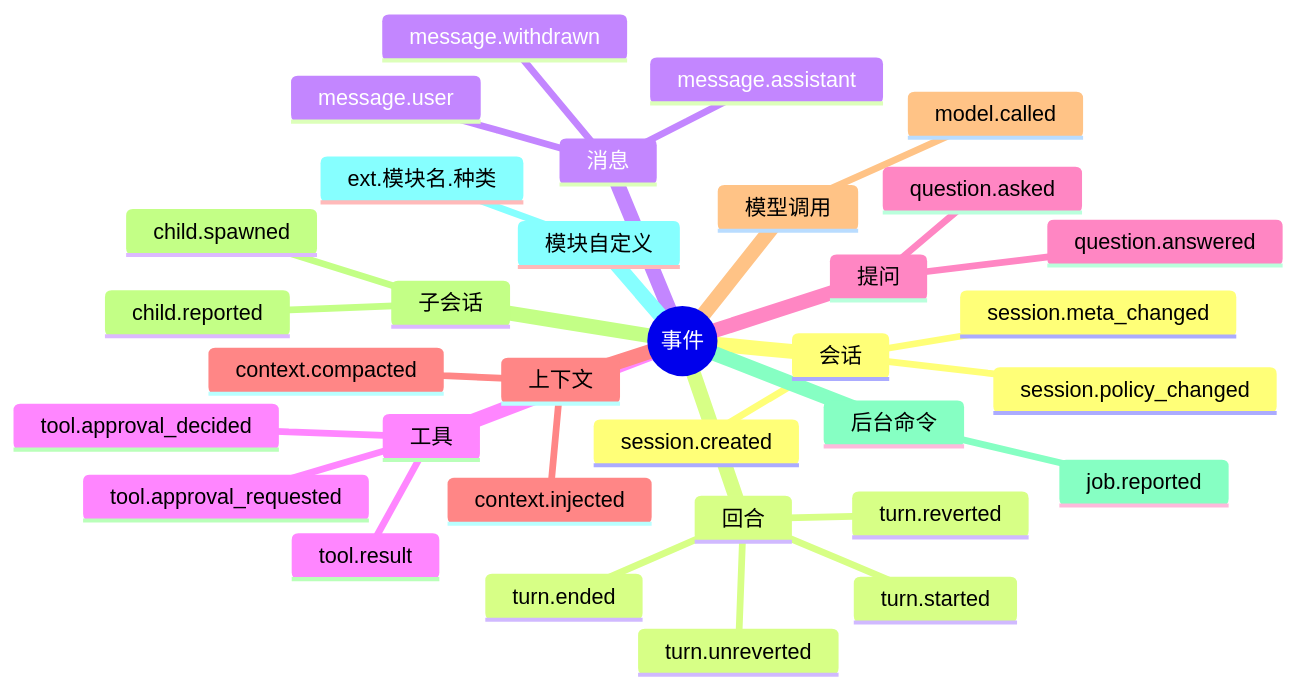
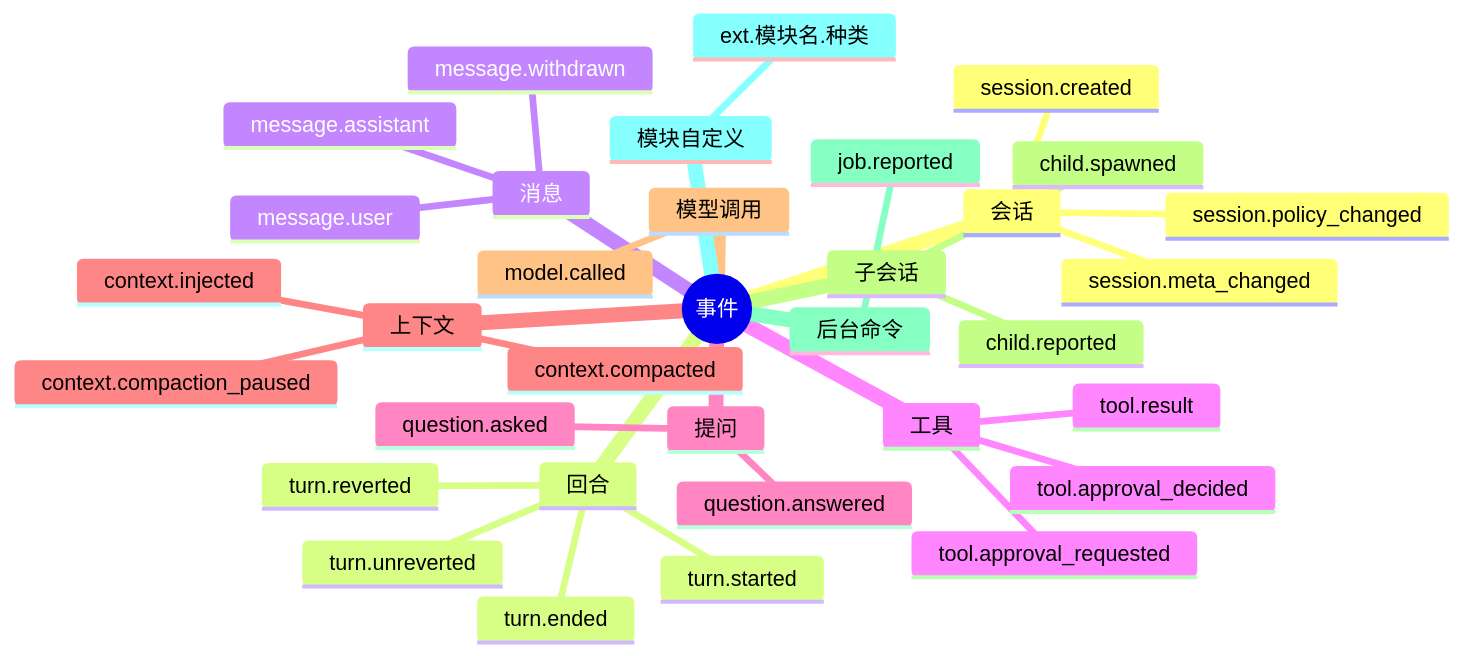
The first of 3 diagrams in docs/designs/03-事件模型.md (SHORiN-KiWATA/miyu-agent-remake), drawn with Mermaid before and after one commit. The commit also changed other lines of this file and 8 other files, not shown here.

Commit message:
docs: 6-6（上）施工单和蓝图：熔断（连续失败、压完很快又满）暂停自动压缩，context.compaction_paused，暂停着放不下的请求不发

````diff
--- a/docs/designs/03-事件模型.md
+++ b/docs/designs/03-事件模型.md
@@ -102,36 +102,37 @@
 ```mermaid
 mindmap
   root((事件))
     会话
       session.created
       session.policy_changed
       session.meta_changed
     回合
       turn.started
       turn.ended
       turn.reverted
       turn.unreverted
     消息
       message.user
       message.assistant
       message.withdrawn
     工具
       tool.result
       tool.approval_requested
       tool.approval_decided
     提问
       question.asked
       question.answered
     上下文
       context.injected
       context.compacted
+      context.compaction_paused
     模型调用
       model.called
     子会话
       child.spawned
       child.reported
     后台命令
       job.reported
     模块自定义
       ext.模块名.种类
 ```
````
